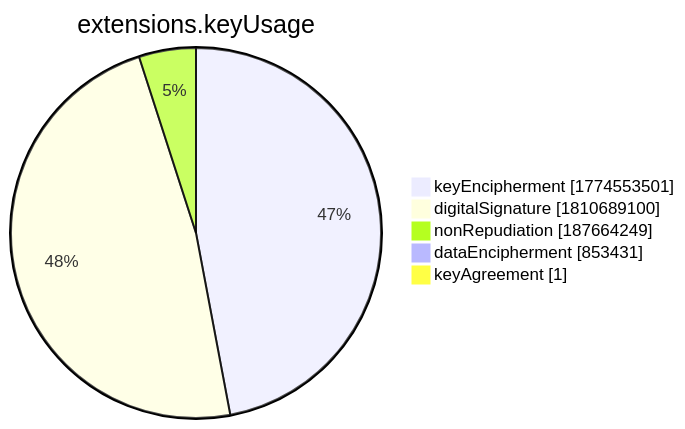
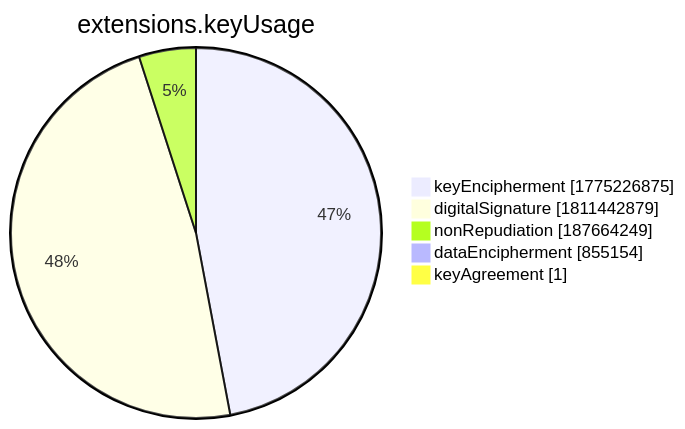
The seventh of 15 diagrams in xenon2022/README.md (christiankrug/ctmonitor_visualization), drawn with Mermaid before and after one commit. The commit also changed other lines of this file, not shown here.

````diff
--- a/xenon2022/README.md
+++ b/xenon2022/README.md
@@ -2859,9 +2859,9 @@
 ```mermaid
 pie showData
 title extensions.keyUsage
-"keyEncipherment" :1774553501
-"digitalSignature" :1810689100
+"keyEncipherment" :1775226875
+"digitalSignature" :1811442879
 "nonRepudiation" :187664249
-"dataEncipherment" :853431
+"dataEncipherment" :855154
 "keyAgreement" :1
 ```
````
